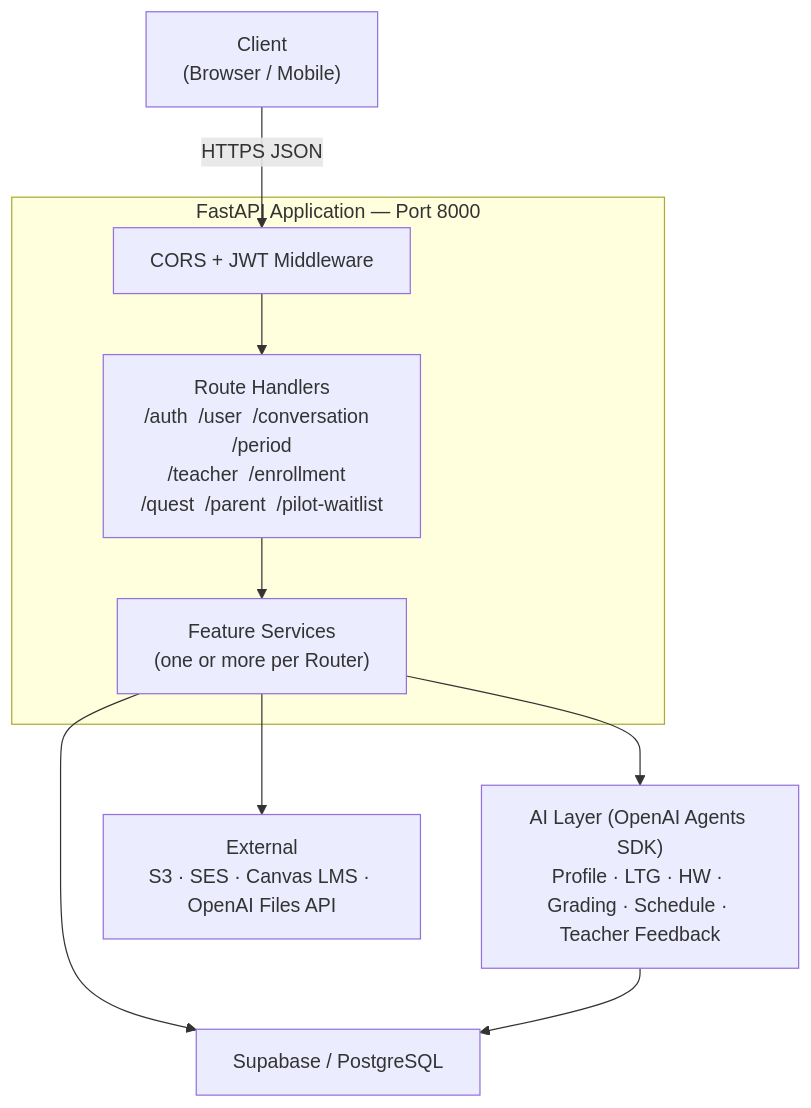
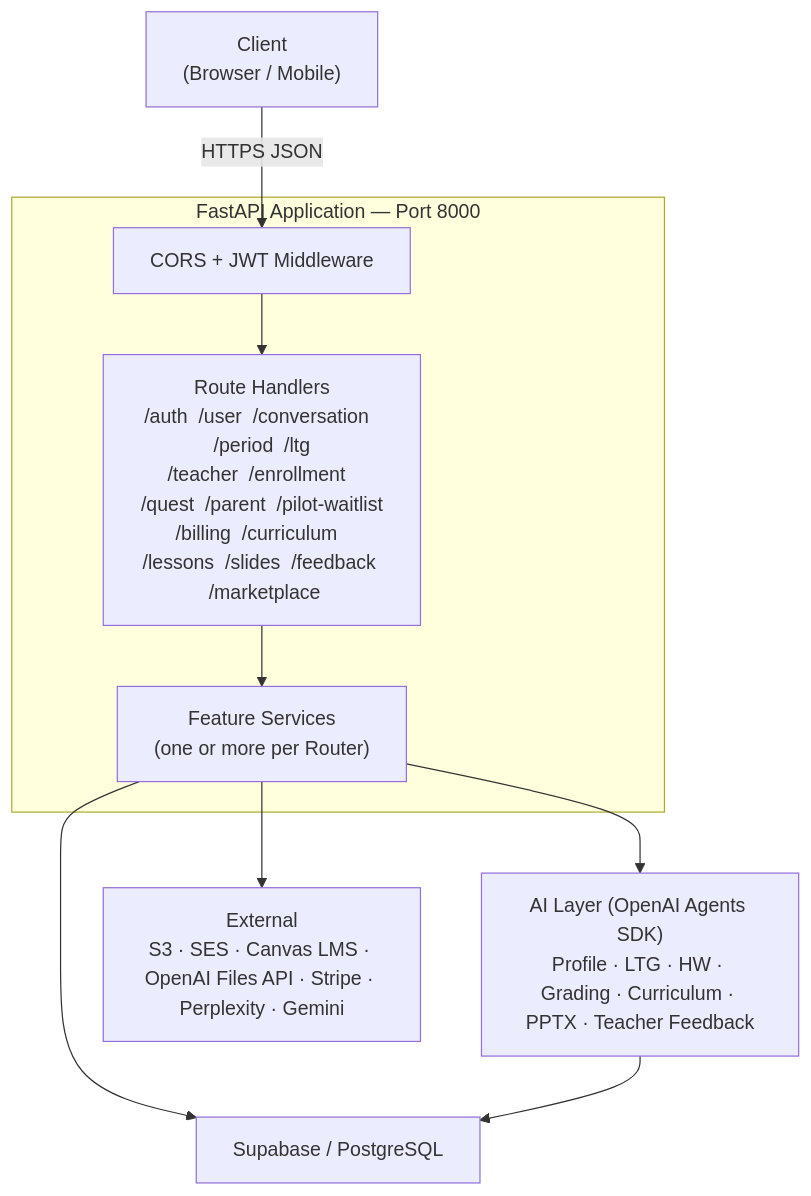
One commit to EduQuest-AI-Inc/eduquest-backend changed the first of 31 diagrams in ARCHITECTURE.md. Above: the diagram before and after it, drawn with Mermaid. The commit also changed other lines of this file and 8 other files, not shown here.

````diff
--- a/ARCHITECTURE.md
+++ b/ARCHITECTURE.md
@@ -9,20 +59,20 @@
 ```mermaid
 graph TB
     Client["Client<br/>(Browser / Mobile)"]
 
     subgraph FastAPI["FastAPI Application — Port 8000"]
         MW["CORS + JWT Middleware"]
-        BP["Route Handlers<br/>/auth  /user  /conversation  /period<br/>/teacher  /enrollment  /quest  /parent  /pilot-waitlist"]
+        BP["Route Handlers<br/>/auth  /user  /conversation  /period  /ltg<br/>/teacher  /enrollment  /quest  /parent  /pilot-waitlist<br/>/billing  /curriculum  /lessons  /slides  /feedback  /marketplace"]
         Svc["Feature Services<br/>(one or more per Router)"]
     end
 
-    AI["AI Layer (OpenAI Agents SDK)<br/>Profile · LTG · HW · Grading · Schedule · Teacher Feedback"]
+    AI["AI Layer (OpenAI Agents SDK)<br/>Profile · LTG · HW · Grading · Curriculum · PPTX · Teacher Feedback"]
     DB["Supabase / PostgreSQL"]
-    Ext["External<br/>S3 · SES · Canvas LMS · OpenAI Files API"]
+    Ext["External<br/>S3 · SES · Canvas LMS · OpenAI Files API · Stripe · Perplexity · Gemini"]
 
     Client -->|HTTPS JSON| MW
     MW --> BP
     BP --> Svc
     Svc --> AI & DB & Ext
     AI --> DB
 ```
````
